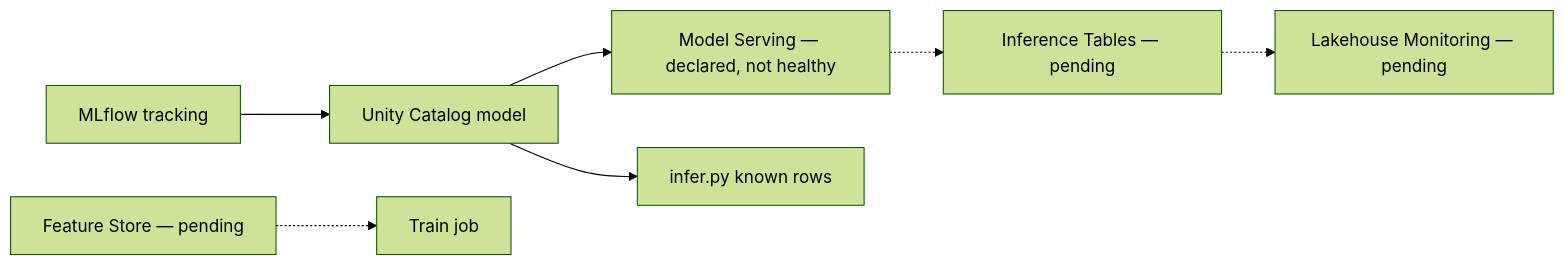
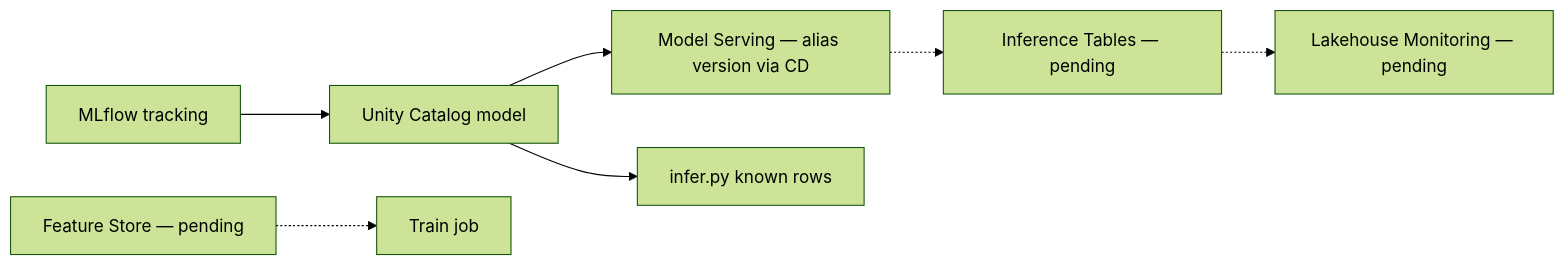
Before and after one commit to akumawavez/iris-ml-prod-test: the first of 3 diagrams in docs/guides/eli25-vechtomova-mlops-frameworks.md, drawn with Mermaid (forest theme). The commit also changed other lines of this file and 26 other files, not shown here.

First line of the commit message:
Serve the alias version and deploy CD as a service principal.

````diff
--- a/docs/guides/eli25-vechtomova-mlops-frameworks.md
+++ b/docs/guides/eli25-vechtomova-mlops-frameworks.md
@@ -27,9 +27,9 @@
 ```mermaid
 flowchart LR
   track["MLflow tracking"] --> uc["Unity Catalog model"]
   feats["Feature Store — pending"] -.-> train["Train job"]
-  uc --> serve["Model Serving — declared, not healthy"]
+  uc --> serve["Model Serving — alias version via CD"]
   uc --> batch["infer.py known rows"]
   serve -.-> inf["Inference Tables — pending"]
   inf -.-> mon["Lakehouse Monitoring — pending"]
 ```
````
